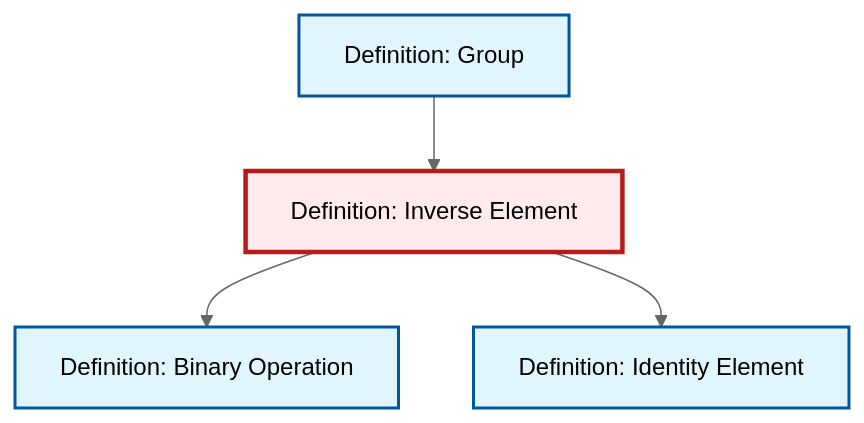
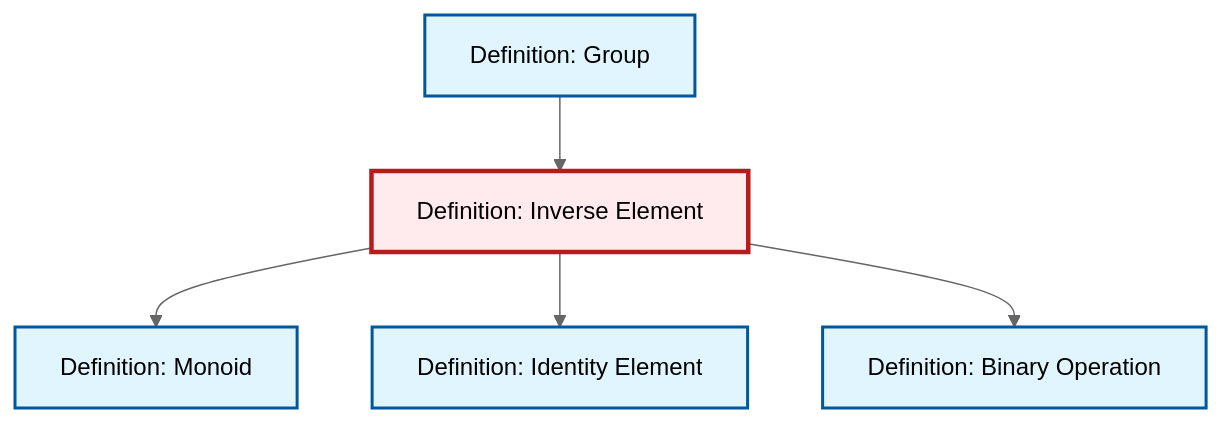
The diagram in content/ja/algebra/def-inverse-element.qmd (RK0429/ModernMath), drawn with Mermaid (neutral theme) before and after one commit. The commit also changed 619 other files, not shown here.

````diff
--- a/content/ja/algebra/def-inverse-element.qmd
+++ b/content/ja/algebra/def-inverse-element.qmd
@@ -84,20 +84,23 @@
 ```{mermaid}
 %%| fig-cap: "Local dependency graph"
 graph TD
     classDef definition fill:#e1f5fe,stroke:#01579b,stroke-width:2px
     classDef theorem fill:#f3e5f5,stroke:#4a148c,stroke-width:2px
     classDef axiom fill:#fff3e0,stroke:#e65100,stroke-width:2px
     classDef example fill:#e8f5e9,stroke:#1b5e20,stroke-width:2px
     classDef current fill:#ffebee,stroke:#b71c1c,stroke-width:3px
-    def-identity-element["Definition: Identity Element"]:::definition
     def-binary-operation["Definition: Binary Operation"]:::definition
     def-group["Definition: Group"]:::definition
     def-inverse-element["Definition: Inverse Element"]:::definition
-    def-inverse-element --> def-binary-operation
+    def-monoid["Definition: Monoid"]:::definition
+    def-identity-element["Definition: Identity Element"]:::definition
+    def-inverse-element --> def-monoid
     def-group --> def-inverse-element
     def-inverse-element --> def-identity-element
+    def-inverse-element --> def-binary-operation
     class def-inverse-element current
-    click def-identity-element "def-identity-element.html" "Definition: Identity Elementへ"
     click def-binary-operation "def-binary-operation.html" "Definition: Binary Operationへ"
     click def-group "def-group.html" "Definition: Groupへ"
+    click def-monoid "def-monoid.html" "Definition: Monoidへ"
+    click def-identity-element "def-identity-element.html" "Definition: Identity Elementへ"
 ```
````
